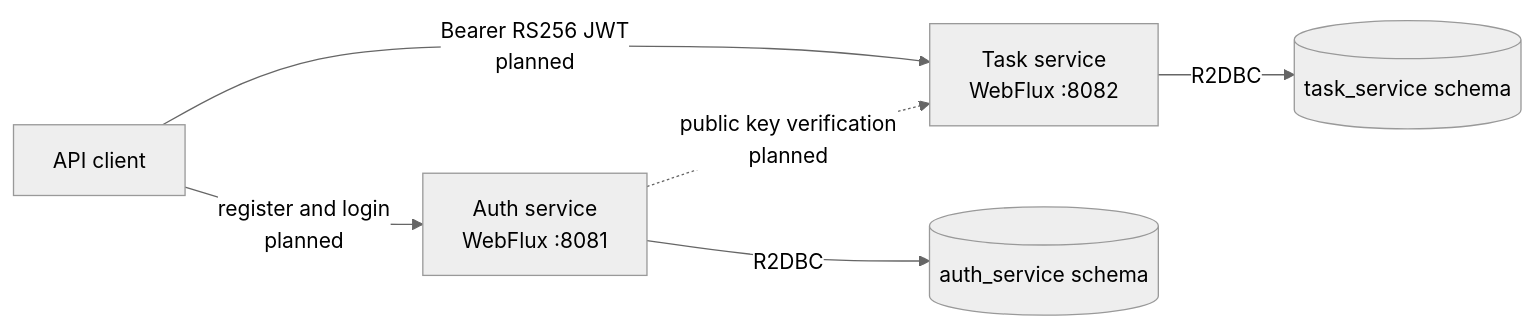
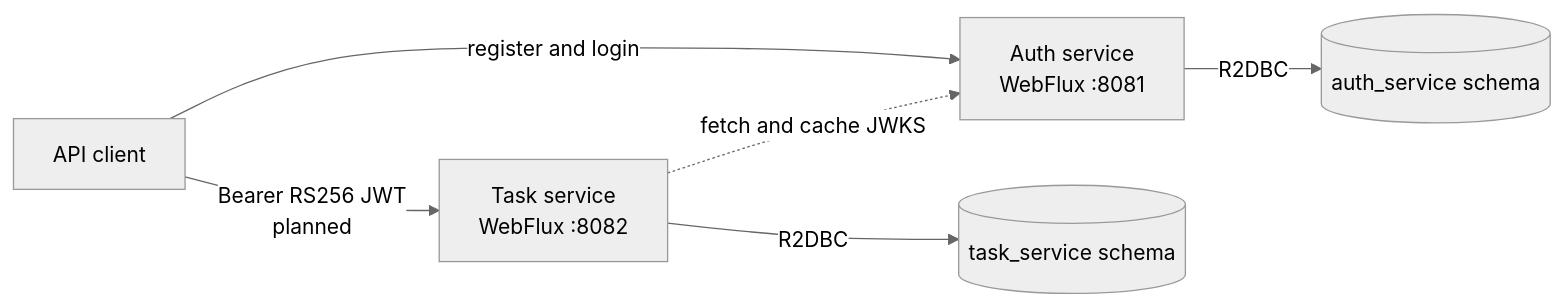
The diagram in README.md (LeandroTorresCoutinho/task-flow), drawn with Mermaid (neutral theme) before and after one commit. The commit also changed other lines of this file and 26 other files, not shown here.

````diff
--- a/README.md
+++ b/README.md
@@ -11,14 +11,14 @@
 ```mermaid
 flowchart LR
     Client[API client]
     Auth[Auth service<br/>WebFlux :8081]
     Tasks[Task service<br/>WebFlux :8082]
     AuthSchema[(auth_service schema)]
     TaskSchema[(task_service schema)]
 
-    Client -->|register and login<br/>planned| Auth
+    Client -->|register and login| Auth
     Client -->|Bearer RS256 JWT<br/>planned| Tasks
     Auth -->|R2DBC| AuthSchema
     Tasks -->|R2DBC| TaskSchema
-    Auth -.->|public key verification<br/>planned| Tasks
+    Tasks -.->|fetch and cache JWKS| Auth
 ```
````
